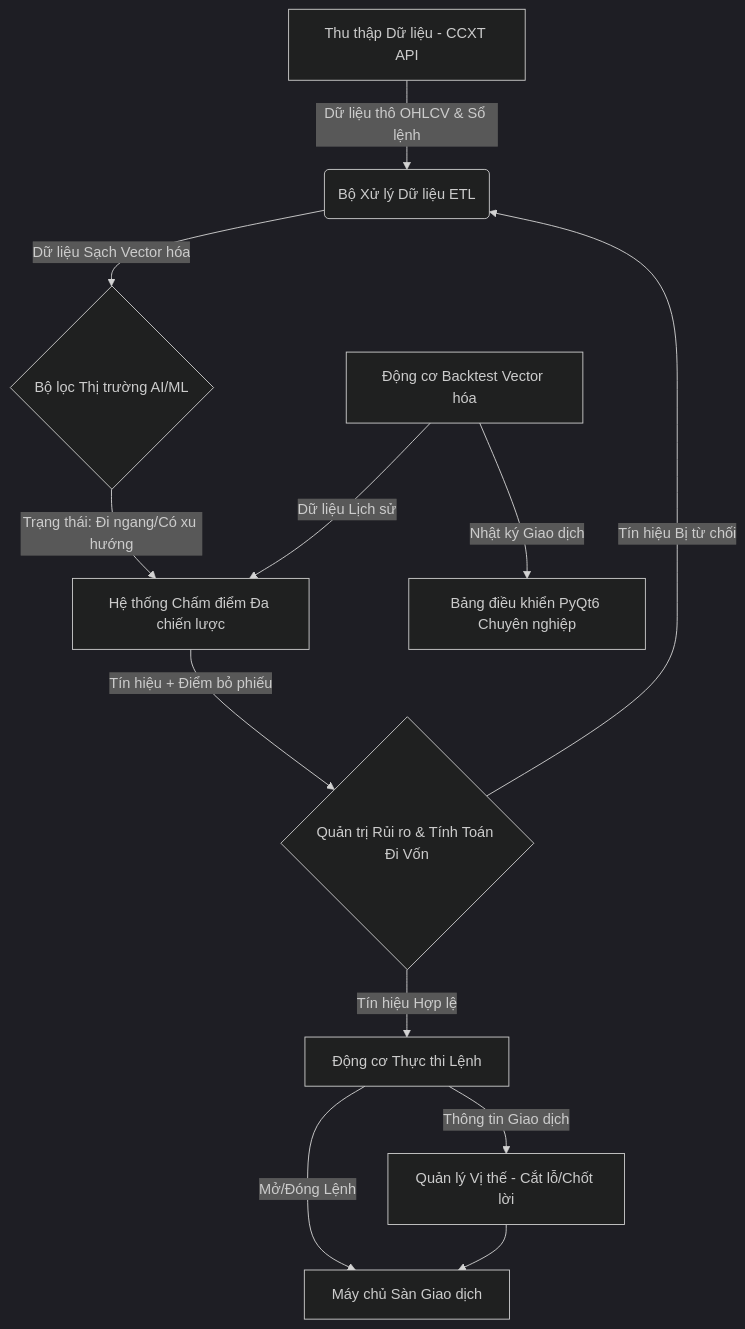
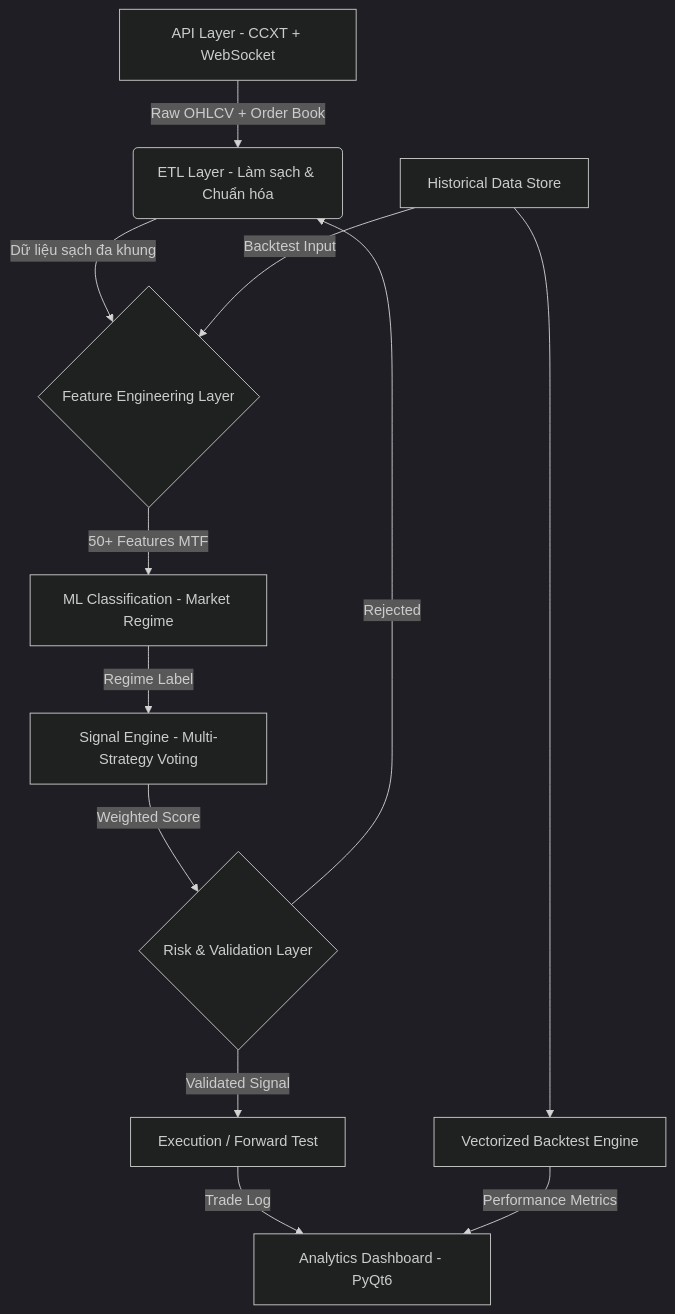
One commit to ritdexHQ/Kairos-v2 changed the diagram in README.md. Above: the diagram before and after it, drawn with Mermaid (dark theme). The commit also changed other lines of this file, not shown here.

`````diff
--- a/README.md
+++ b/README.md
@@ -143,15 +162,15 @@
 ```mermaid
 graph TD
-    A[Thu thập Dữ liệu - CCXT API] -->|Dữ liệu thô OHLCV & Sổ lệnh| B(Bộ Xử lý Dữ liệu ETL)
-    B -->|Dữ liệu Sạch Vector hóa| C{Bộ lọc Thị trường AI/ML}
-    C -->|Trạng thái: Đi ngang/Có xu hướng| D[Hệ thống Chấm điểm Đa chiến lược]
-    D -->|Tín hiệu + Điểm bỏ phiếu| E{Quản trị Rủi ro & Tính Toán Đi Vốn}
-    E -->|Tín hiệu Hợp lệ| F[Động cơ Thực thi Lệnh]
-    E -->|Tín hiệu Bị từ chối| B
-    F -->|Mở/Đóng Lệnh| G[Máy chủ Sàn Giao dịch]
-    F -->|Thông tin Giao dịch| H[Quản lý Vị thế - Cắt lỗ/Chốt lời]
-    H --> G
-    
-    I[Động cơ Backtest Vector hóa] -->|Dữ liệu Lịch sử| D
-    I -->|Nhật ký Giao dịch| J[Bảng điều khiển PyQt6 Chuyên nghiệp]
-````
+    A[API Layer - CCXT + WebSocket] -->|Raw OHLCV + Order Book| B(ETL Layer - Làm sạch & Chuẩn hóa)
+    B -->|Dữ liệu sạch đa khung| C{Feature Engineering Layer}
+    C -->|50+ Features MTF| D[ML Classification - Market Regime]
+    D -->|Regime Label| E[Signal Engine - Multi-Strategy Voting]
+    E -->|Weighted Score| F{Risk & Validation Layer}
+    F -->|Validated Signal| G[Execution / Forward Test]
+    F -->|Rejected| B
+    G -->|Trade Log| H[Analytics Dashboard - PyQt6]
+
+    I[Historical Data Store] -->|Backtest Input| C
+    I --> J[Vectorized Backtest Engine]
+    J -->|Performance Metrics| H
+```
`````
